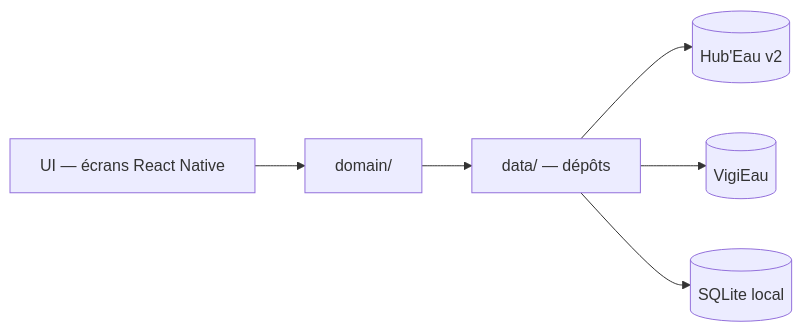
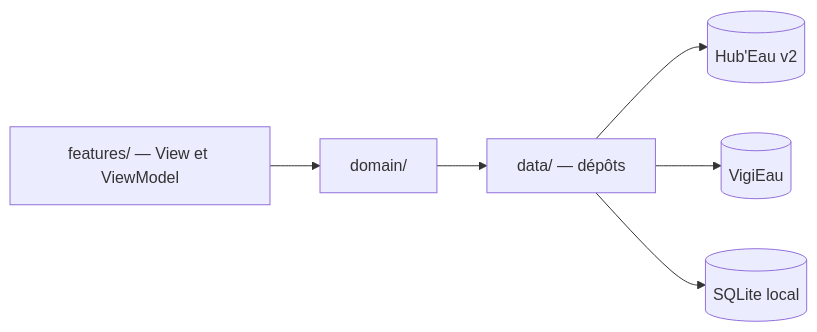
Before and after one commit to HubEauContrib/MartinPecheur: the diagram in docs/adr/ADR-template.md, drawn with Mermaid. The commit also changed other lines of this file and 31 other files, not shown here.

First line of the commit message:
Docs/purge ancienne architecture (#26)

````diff
--- a/docs/adr/ADR-template.md
+++ b/docs/adr/ADR-template.md
@@ -26,8 +26,8 @@
 ```mermaid
 flowchart LR
-    UI[UI — écrans React Native] --> Dom[domain/]
+    UI[features/ — View et ViewModel] --> Dom[domain/]
     Dom --> Data[data/ — dépôts]
     Data --> HE[(Hub'Eau v2)]
     Data --> VE[(VigiEau)]
     Data --> SQL[(SQLite local)]
 ```
````
